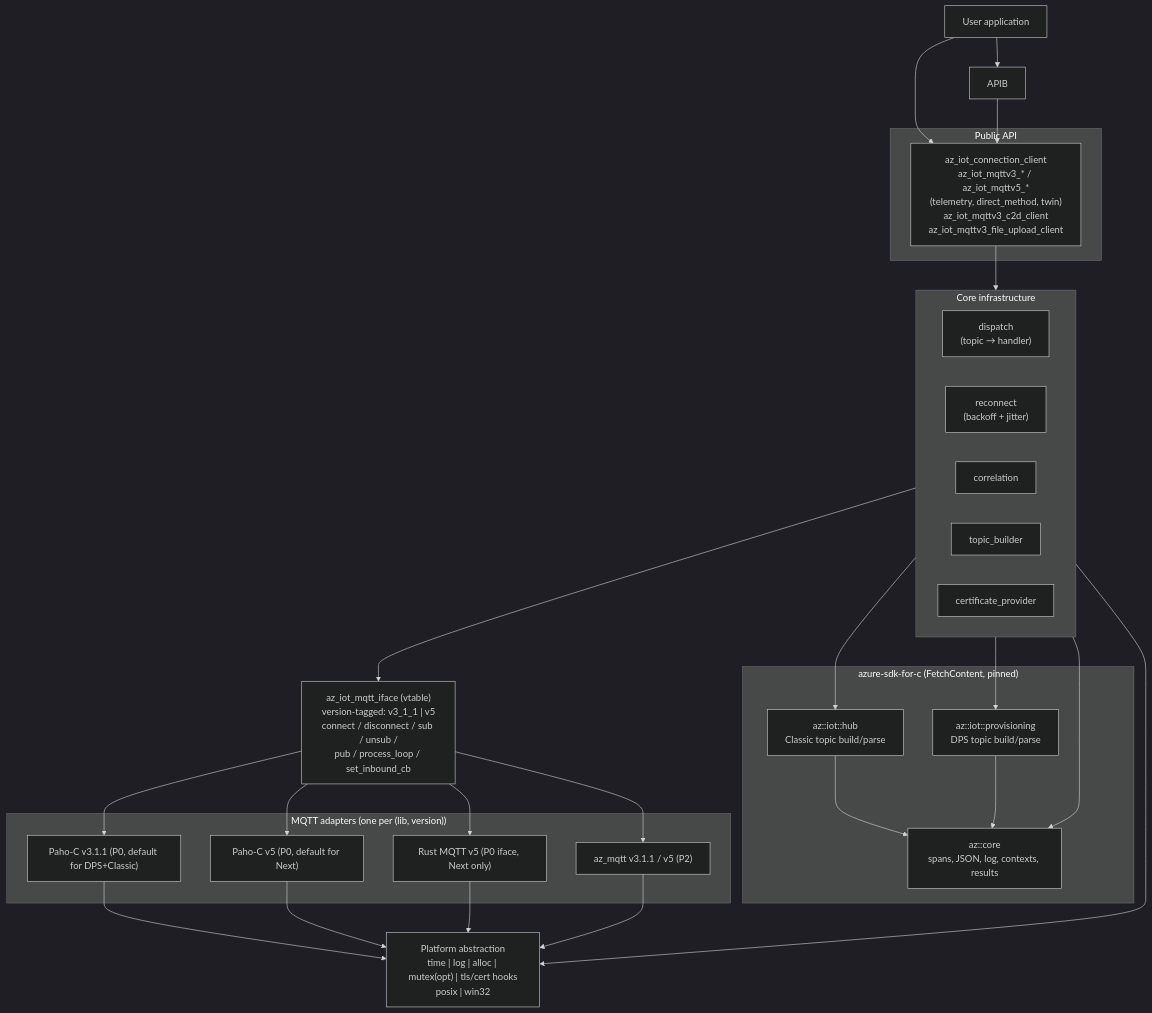
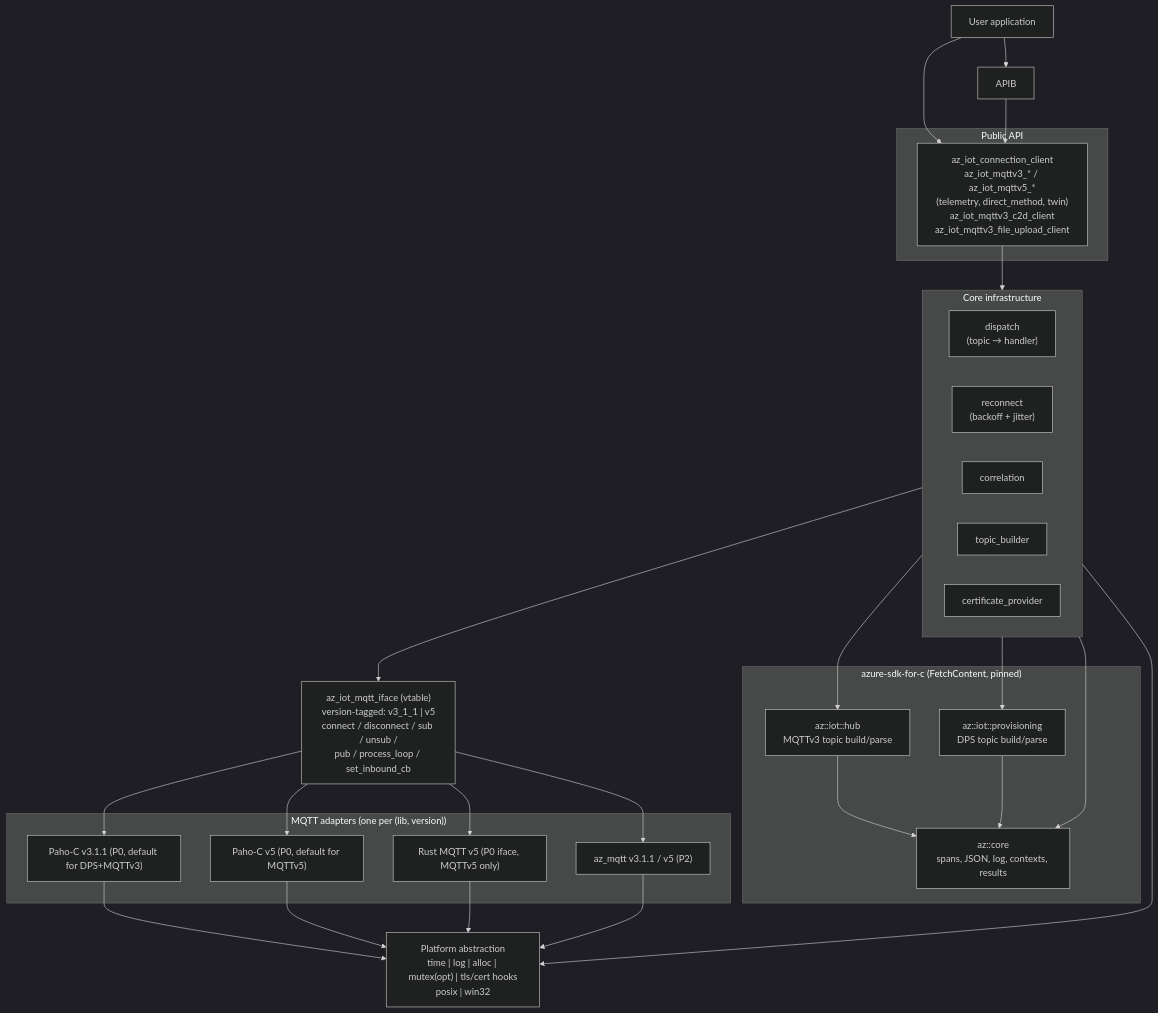
One commit to Azure/azure-iot-sdk changed the first of 4 diagrams in c/docs/design.md. Above: the diagram before and after it, drawn with Mermaid (dark theme). The commit also changed other lines of this file and 99 other files, not shown here.

First line of the commit message:
[C] Rename Classic/Next/AEG to MQTTv3/MQTTv5 (#274)

````diff
--- a/c/docs/design.md
+++ b/c/docs/design.md
@@ -30,53 +30,53 @@
 ```mermaid
 flowchart TB
     APP["User application"]
 
     subgraph PUB["Public API"]
         APIA["az_iot_connection_client<br/>az_iot_mqttv3_* / az_iot_mqttv5_*<br/>(telemetry, direct_method, twin)<br/>az_iot_mqttv3_c2d_client<br/>az_iot_mqttv3_file_upload_client"]
     end
 
     subgraph CORE["Core infrastructure"]
         DISPATCH["dispatch<br/>(topic → handler)"]
         RECONNECT["reconnect<br/>(backoff + jitter)"]
         CORR["correlation"]
         TOPIC["topic_builder"]
         CERT["certificate_provider"]
     end
 
     subgraph AZSDK["azure-sdk-for-c (FetchContent, pinned)"]
         AZCORE["az::core<br/>spans, JSON, log, contexts, results"]
-        AZHUB["az::iot::hub<br/>Classic topic build/parse"]
+        AZHUB["az::iot::hub<br/>MQTTv3 topic build/parse"]
         AZDPS["az::iot::provisioning<br/>DPS topic build/parse"]
     end
 
     IFACE["az_iot_mqtt_iface (vtable)<br/>version-tagged: v3_1_1 | v5<br/>connect / disconnect / sub / unsub /<br/>pub / process_loop / set_inbound_cb"]
 
     subgraph ADAPT["MQTT adapters (one per (lib, version))"]
-        PAHO3["Paho-C v3.1.1 (P0, default for DPS+Classic)"]
-        PAHO5["Paho-C v5 (P0, default for Next)"]
-        RUST5["Rust MQTT v5 (P0 iface, Next only)"]
+        PAHO3["Paho-C v3.1.1 (P0, default for DPS+MQTTv3)"]
+        PAHO5["Paho-C v5 (P0, default for MQTTv5)"]
+        RUST5["Rust MQTT v5 (P0 iface, MQTTv5 only)"]
         AZMQTT["az_mqtt v3.1.1 / v5 (P2)"]
     end
 
     PLAT["Platform abstraction<br/>time | log | alloc | mutex(opt) | tls/cert hooks<br/>posix | win32"]
 
     APP --> APIB
     APP --> APIA
     APIB --> APIA
     APIA --> CORE
     CORE --> AZCORE
     CORE --> AZHUB
     CORE --> AZDPS
     AZHUB --> AZCORE
     AZDPS --> AZCORE
     CORE --> IFACE
     IFACE --> PAHO3
     IFACE --> PAHO5
     IFACE --> RUST5
     IFACE --> AZMQTT
     PAHO3 --> PLAT
     PAHO5 --> PLAT
     RUST5 --> PLAT
     AZMQTT --> PLAT
     CORE --> PLAT
 ```
````
